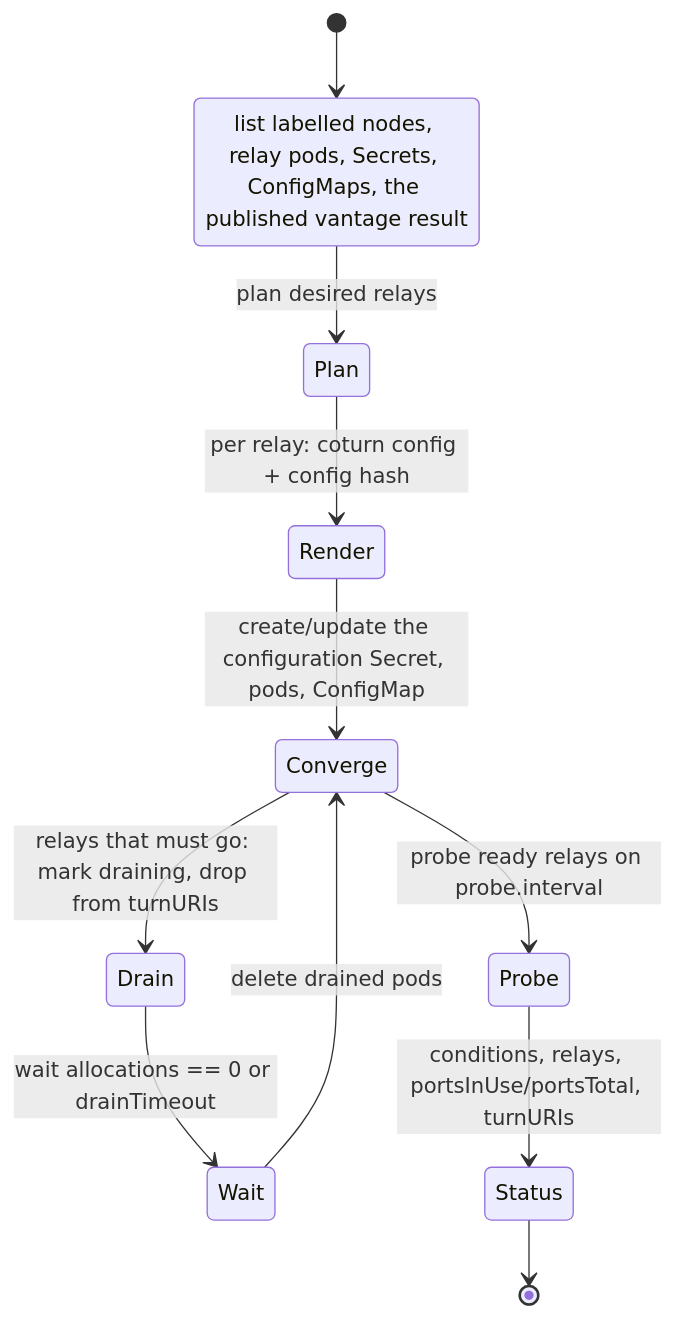
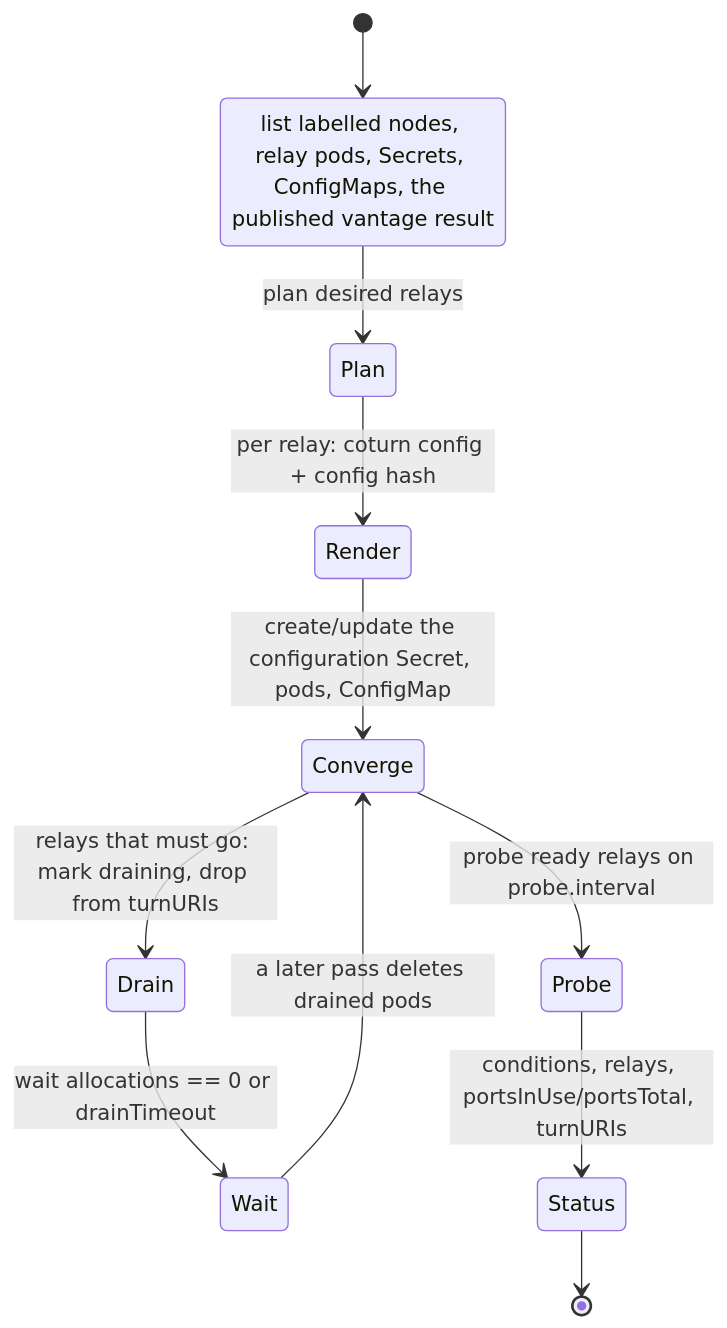
Before and after one commit to Hazmi35/turnfleet: the second of 2 diagrams in docs/architecture.md, drawn with Mermaid. The commit also changed other lines of this file and 7 other files, not shown here.

````diff
--- a/docs/architecture.md
+++ b/docs/architecture.md
@@ -72,14 +72,14 @@
 ```mermaid
 stateDiagram-v2
   [*] --> Observe
   Observe: list labelled nodes, relay pods, Secrets, ConfigMaps, the published vantage result
   Observe --> Plan: plan desired relays
   Plan --> Render: per relay: coturn config + config hash
   Render --> Converge: create/update the configuration Secret, pods, ConfigMap
   Converge --> Drain: relays that must go: mark draining, drop from turnURIs
   Drain --> Wait: wait allocations == 0 or drainTimeout
-  Wait --> Converge: delete drained pods
+  Wait --> Converge: a later pass deletes drained pods
   Converge --> Probe: probe ready relays on probe.interval
   Probe --> Status: conditions, relays, portsInUse/portsTotal, turnURIs
   Status --> [*]
 ```
````
